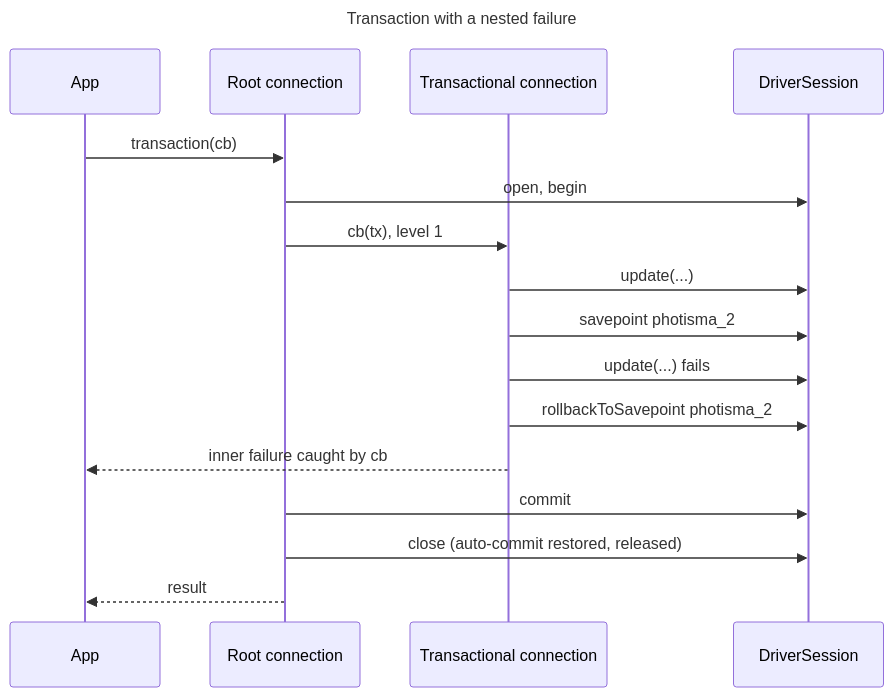
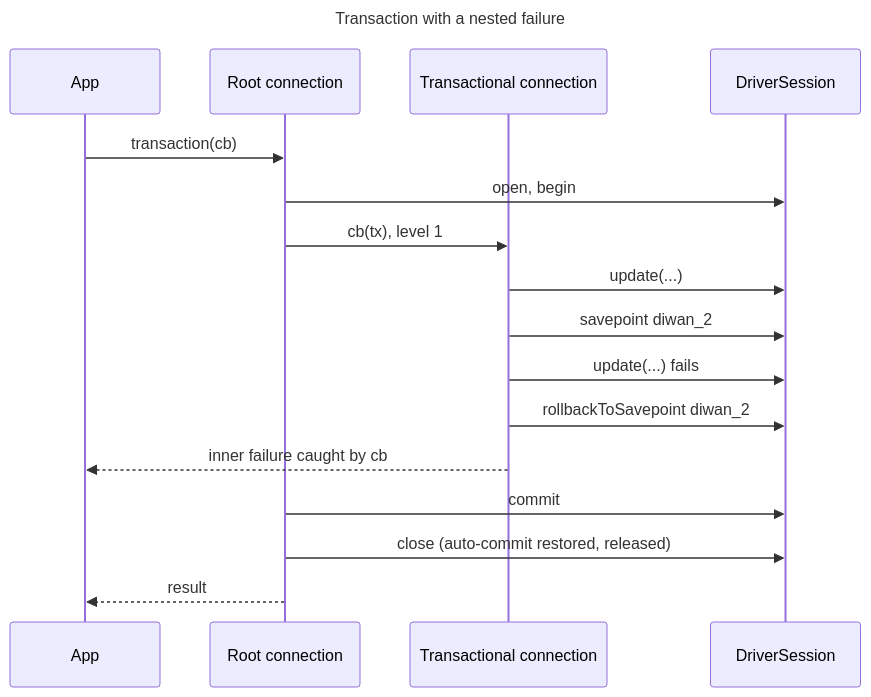
Before and after one commit to aristonis/diwan-database: the second of 2 diagrams in docs/architecture/connection-design.md, drawn with Mermaid. The commit also changed other lines of this file and 237 other files, not shown here.

````diff
--- a/docs/architecture/connection-design.md
+++ b/docs/architecture/connection-design.md
@@ -399,19 +399,19 @@
 ```mermaid
 sequenceDiagram
     title Transaction with a nested failure
     participant App
     participant Root as Root connection
     participant TX as Transactional connection
     participant S as DriverSession
     App->>Root: transaction(cb)
     Root->>S: open, begin
     Root->>TX: cb(tx), level 1
     TX->>S: update(...)
-    TX->>S: savepoint photisma_2
+    TX->>S: savepoint diwan_2
     TX->>S: update(...) fails
-    TX->>S: rollbackToSavepoint photisma_2
+    TX->>S: rollbackToSavepoint diwan_2
     TX-->>App: inner failure caught by cb
     Root->>S: commit
     Root->>S: close (auto-commit restored, released)
     Root-->>App: result
 ```
````
